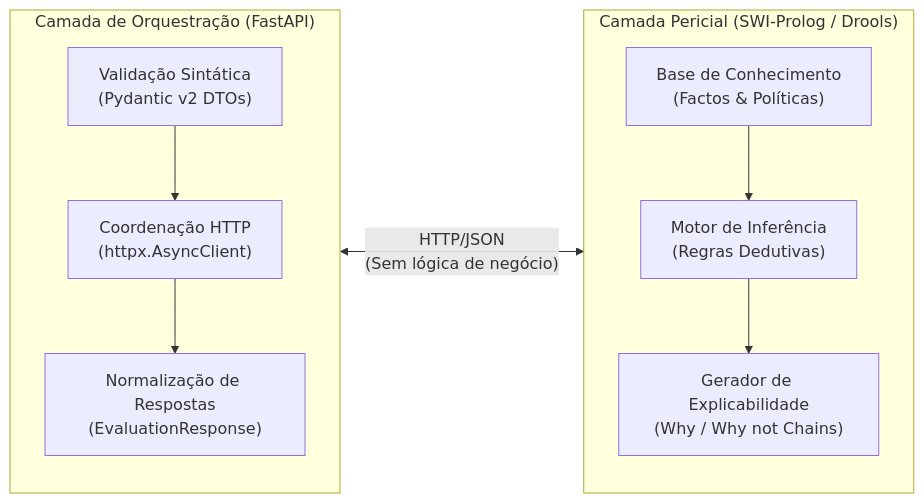
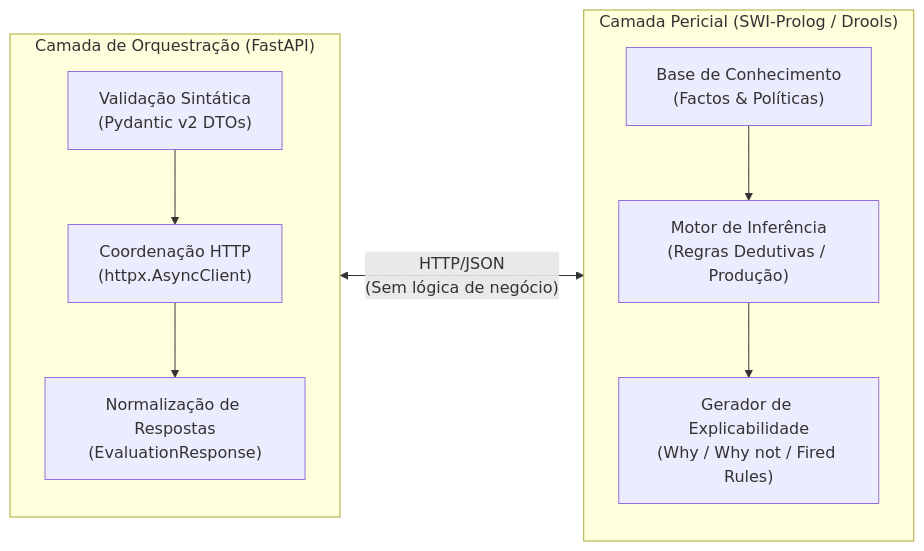
One commit to Santiago-1211173/meia-equipa3-challenge1-26_27 changed the diagram in docs/development/coding_conventions.md. Above: the diagram before and after it, drawn with Mermaid. The commit also changed other lines of this file and 23 other files, not shown here.

Commit message:
docs: add comprehensive documentation for architecture, API, deployment, and development guides

````diff
--- a/docs/development/coding_conventions.md
+++ b/docs/development/coding_conventions.md
@@ -23,20 +23,20 @@
 ```mermaid
 flowchart LR
     subgraph "Camada de Orquestração (FastAPI)"
         direction TB
         V["Validação Sintática\n(Pydantic v2 DTOs)"]
         H["Coordenação HTTP\n(httpx.AsyncClient)"]
         M["Normalização de Respostas\n(EvaluationResponse)"]
         V --> H --> M
     end
 
     subgraph "Camada Pericial (SWI-Prolog / Drools)"
         direction TB
         K["Base de Conhecimento\n(Factos & Políticas)"]
-        R["Motor de Inferência\n(Regras Dedutivas)"]
-        E["Gerador de Explicabilidade\n(Why / Why not Chains)"]
+        R["Motor de Inferência\n(Regras Dedutivas / Produção)"]
+        E["Gerador de Explicabilidade\n(Why / Why not / Fired Rules)"]
         K --> R --> E
     end
 
     M <-->|"HTTP/JSON\n(Sem lógica de negócio)"| R
 ```
````
